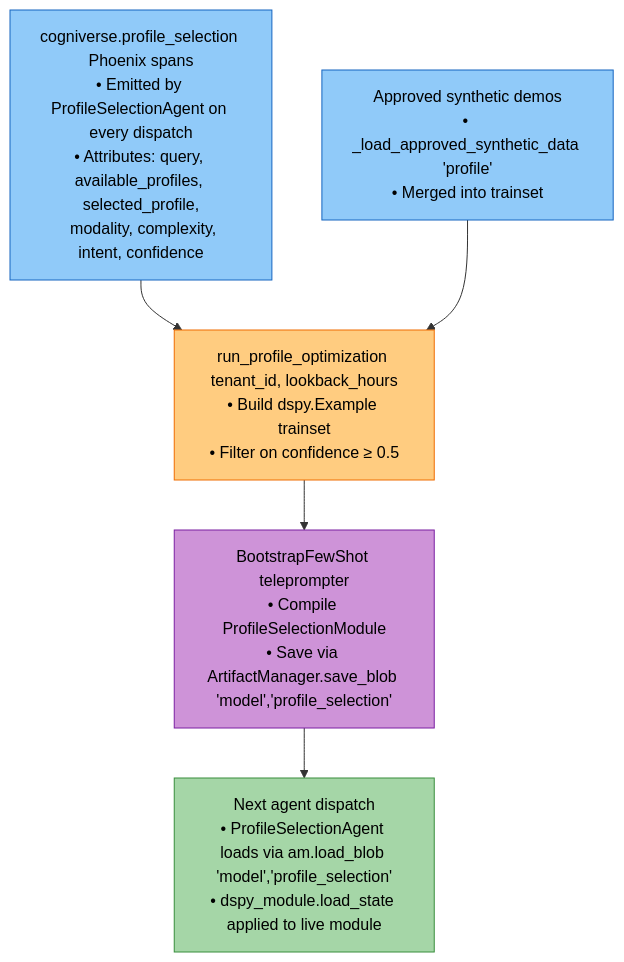
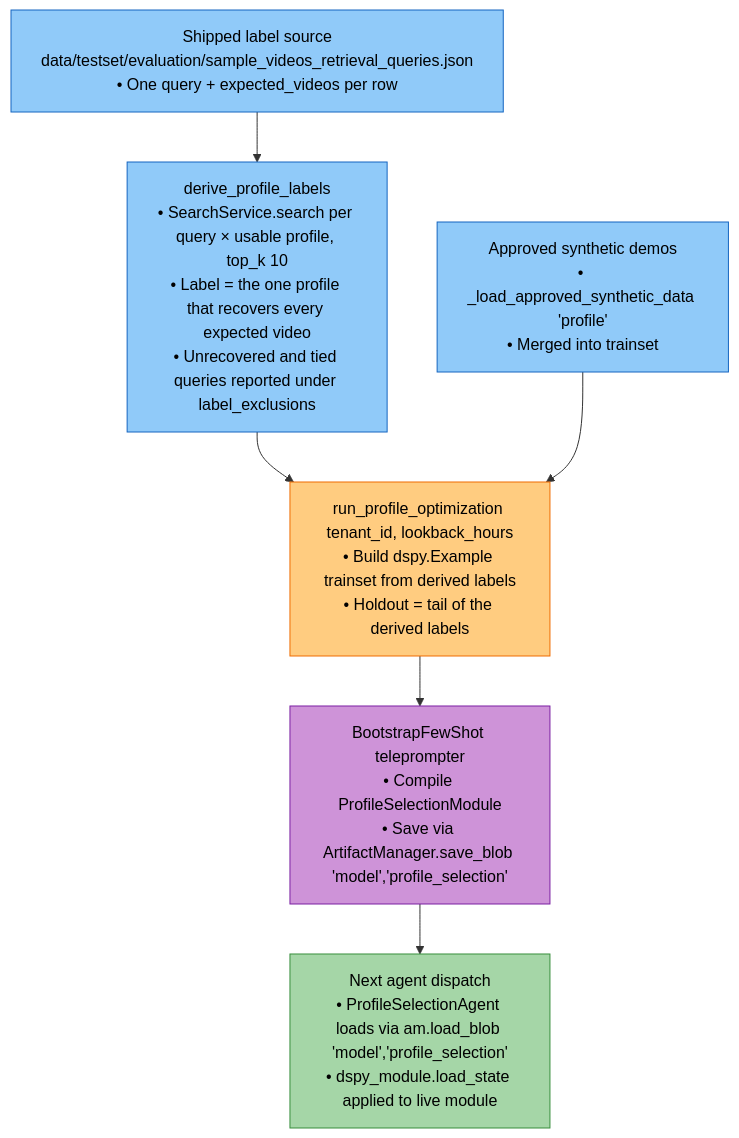
Before and after one commit to amit-jain/cogniverse: the third of 4 diagrams in docs/modules/optimization.md, drawn with Mermaid. The commit also changed other lines of this file and 8 other files, not shown here.

````diff
--- a/docs/modules/optimization.md
+++ b/docs/modules/optimization.md
@@ -200,18 +200,21 @@
 ```mermaid
 flowchart TB
-    Spans["<span style='color:#000'>cogniverse.profile_selection Phoenix spans<br/>• Emitted by ProfileSelectionAgent on every dispatch<br/>• Attributes: query, available_profiles, selected_profile,<br/>  modality, complexity, intent, confidence</span>"]
+    Source["<span style='color:#000'>Shipped label source<br/>data/testset/evaluation/sample_videos_retrieval_queries.json<br/>• One query + expected_videos per row</span>"]
 
-    Spans --> RunOpt["<span style='color:#000'>run_profile_optimization tenant_id, lookback_hours<br/>• Build dspy.Example trainset<br/>• Filter on confidence ≥ 0.5</span>"]
+    Source --> Derive["<span style='color:#000'>derive_profile_labels<br/>• SearchService.search per query × usable profile, top_k 10<br/>• Label = the one profile that recovers every expected video<br/>• Unrecovered and tied queries reported under label_exclusions</span>"]
+
+    Derive --> RunOpt["<span style='color:#000'>run_profile_optimization tenant_id, lookback_hours<br/>• Build dspy.Example trainset from derived labels<br/>• Holdout = tail of the derived labels</span>"]
 
     Synthetic["<span style='color:#000'>Approved synthetic demos<br/>• _load_approved_synthetic_data 'profile'<br/>• Merged into trainset</span>"] --> RunOpt
 
     RunOpt --> Compile["<span style='color:#000'>BootstrapFewShot teleprompter<br/>• Compile ProfileSelectionModule<br/>• Save via ArtifactManager.save_blob 'model','profile_selection'</span>"]
 
     Compile --> Reload["<span style='color:#000'>Next agent dispatch<br/>• ProfileSelectionAgent loads via am.load_blob 'model','profile_selection'<br/>• dspy_module.load_state applied to live module</span>"]
 
-    style Spans fill:#90caf9,stroke:#1565c0,color:#000
+    style Source fill:#90caf9,stroke:#1565c0,color:#000
+    style Derive fill:#90caf9,stroke:#1565c0,color:#000
     style Synthetic fill:#90caf9,stroke:#1565c0,color:#000
     style RunOpt fill:#ffcc80,stroke:#ef6c00,color:#000
     style Compile fill:#ce93d8,stroke:#7b1fa2,color:#000
     style Reload fill:#a5d6a7,stroke:#388e3c,color:#000
 ```
````
